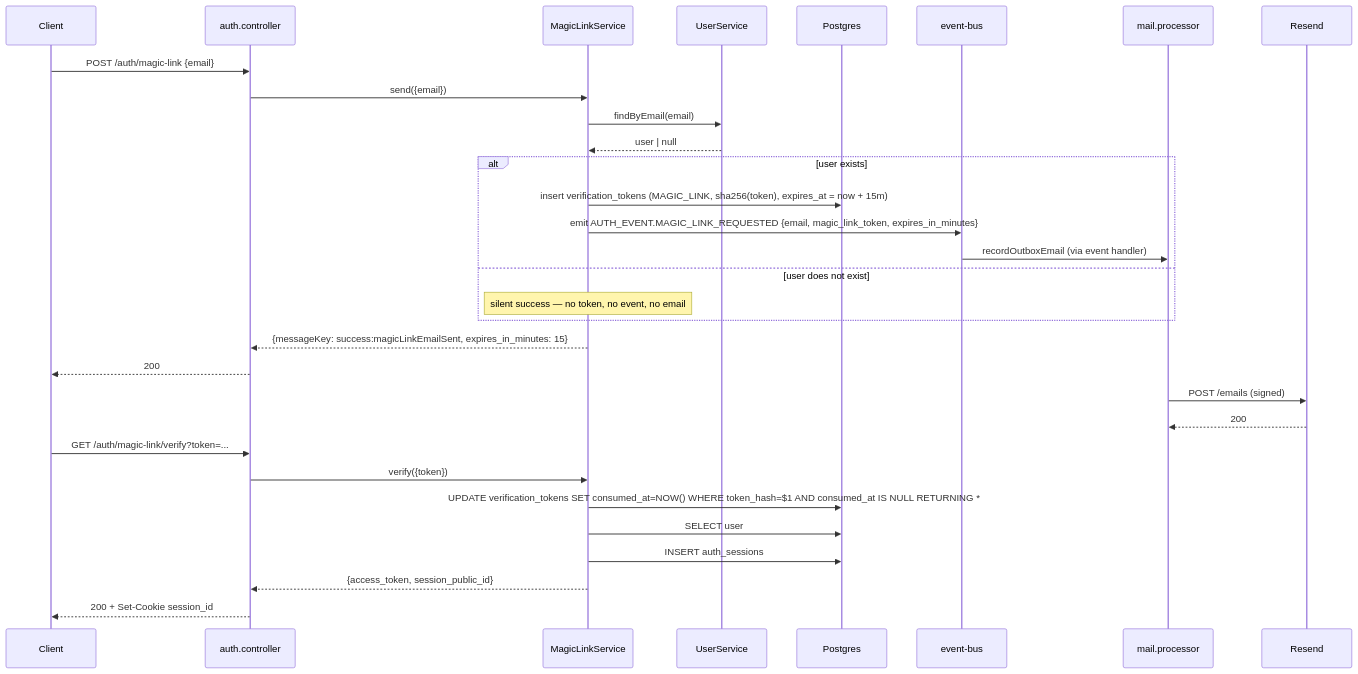
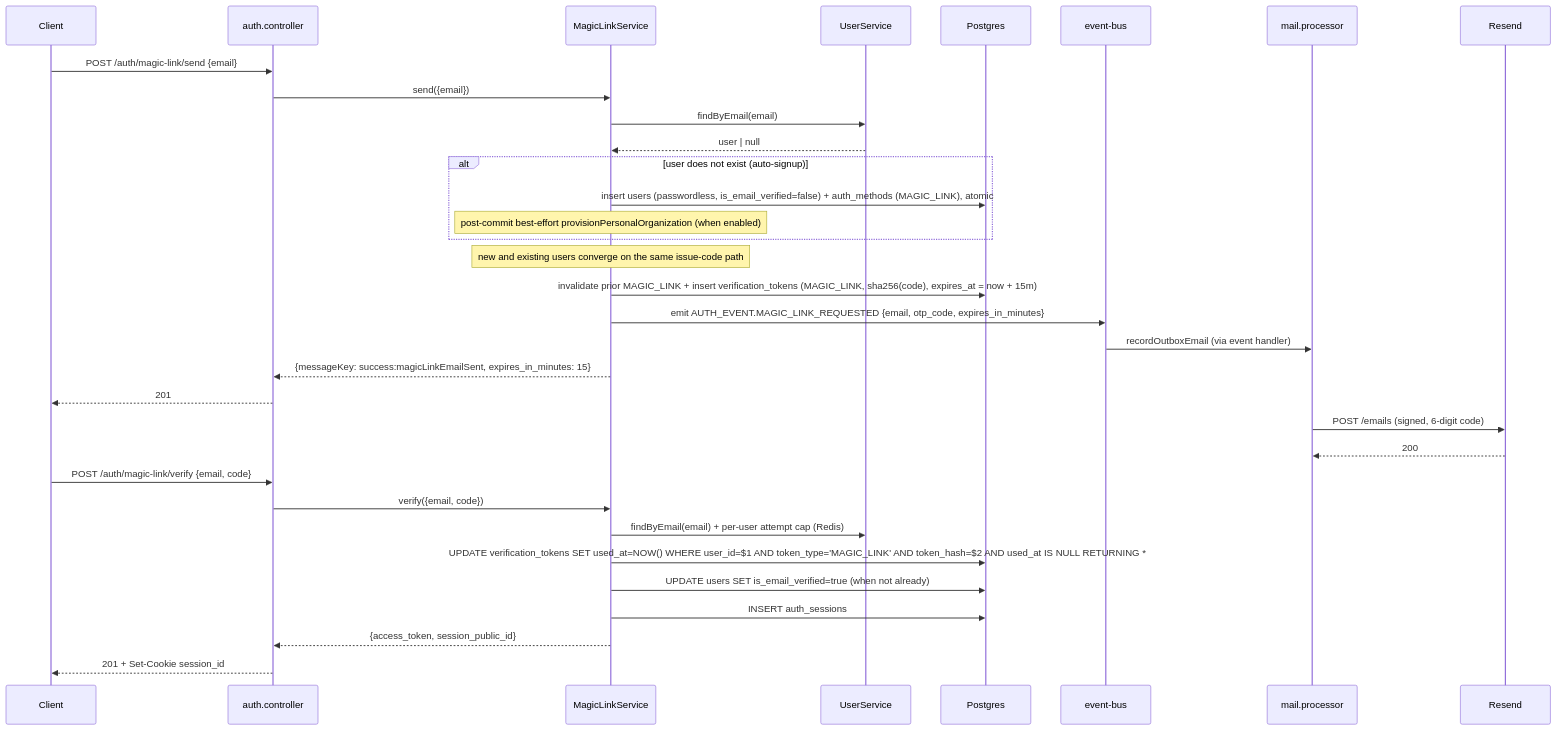
Before and after one commit to nikunjmavani/core-be: the first of 6 diagrams in src/FLOWS.md, drawn with Mermaid. The commit also changed 29 other files, not shown here.

````diff
--- a/src/FLOWS.md
+++ b/src/FLOWS.md
@@ -17,33 +17,35 @@
 ```mermaid
 sequenceDiagram
   participant Client
   participant Auth as auth.controller
   participant ML as MagicLinkService
   participant US as UserService
   participant DB as Postgres
   participant Bus as event-bus
   participant Mail as mail.processor
   participant Resend
-  Client->>Auth: POST /auth/magic-link {email}
+  Client->>Auth: POST /auth/magic-link/send {email}
   Auth->>ML: send({email})
   ML->>US: findByEmail(email)
   US-->>ML: user | null
-  alt user exists
-    ML->>DB: insert verification_tokens (MAGIC_LINK, sha256(token), expires_at = now + 15m)
-    ML->>Bus: emit AUTH_EVENT.MAGIC_LINK_REQUESTED {email, magic_link_token, expires_in_minutes}
-    Bus->>Mail: recordOutboxEmail (via event handler)
-  else user does not exist
-    Note over ML: silent success — no token, no event, no email
+  alt user does not exist (auto-signup)
+    ML->>DB: insert users (passwordless, is_email_verified=false) + auth_methods (MAGIC_LINK), atomic
+    Note over ML: post-commit best-effort provisionPersonalOrganization (when enabled)
   end
+  Note over ML: new and existing users converge on the same issue-code path
+  ML->>DB: invalidate prior MAGIC_LINK + insert verification_tokens (MAGIC_LINK, sha256(code), expires_at = now + 15m)
+  ML->>Bus: emit AUTH_EVENT.MAGIC_LINK_REQUESTED {email, otp_code, expires_in_minutes}
+  Bus->>Mail: recordOutboxEmail (via event handler)
   ML-->>Auth: {messageKey: success:magicLinkEmailSent, expires_in_minutes: 15}
-  Auth-->>Client: 200
-  Mail->>Resend: POST /emails (signed)
+  Auth-->>Client: 201
+  Mail->>Resend: POST /emails (signed, 6-digit code)
   Resend-->>Mail: 200
-  Client->>Auth: GET /auth/magic-link/verify?token=...
-  Auth->>ML: verify({token})
-  ML->>DB: UPDATE verification_tokens SET consumed_at=NOW() WHERE token_hash=$1 AND consumed_at IS NULL RETURNING *
-  ML->>DB: SELECT user
+  Client->>Auth: POST /auth/magic-link/verify {email, code}
+  Auth->>ML: verify({email, code})
+  ML->>US: findByEmail(email) + per-user attempt cap (Redis)
+  ML->>DB: UPDATE verification_tokens SET used_at=NOW() WHERE user_id=$1 AND token_type='MAGIC_LINK' AND token_hash=$2 AND used_at IS NULL RETURNING *
+  ML->>DB: UPDATE users SET is_email_verified=true (when not already)
   ML->>DB: INSERT auth_sessions
   ML-->>Auth: {access_token, session_public_id}
-  Auth-->>Client: 200 + Set-Cookie session_id
+  Auth-->>Client: 201 + Set-Cookie session_id
 ```
````
